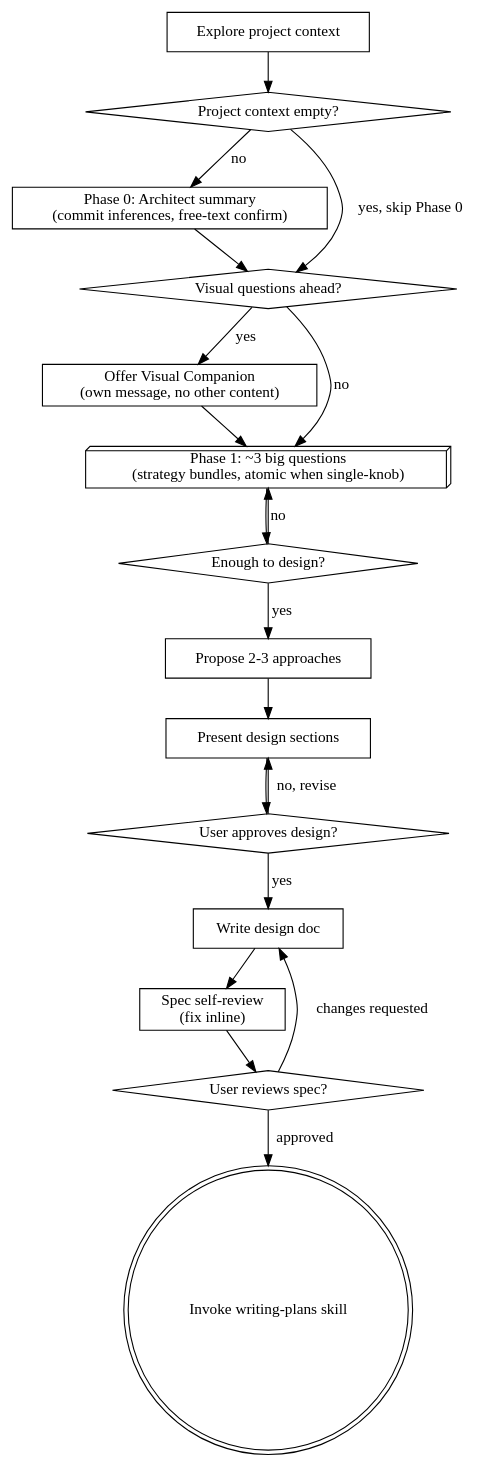
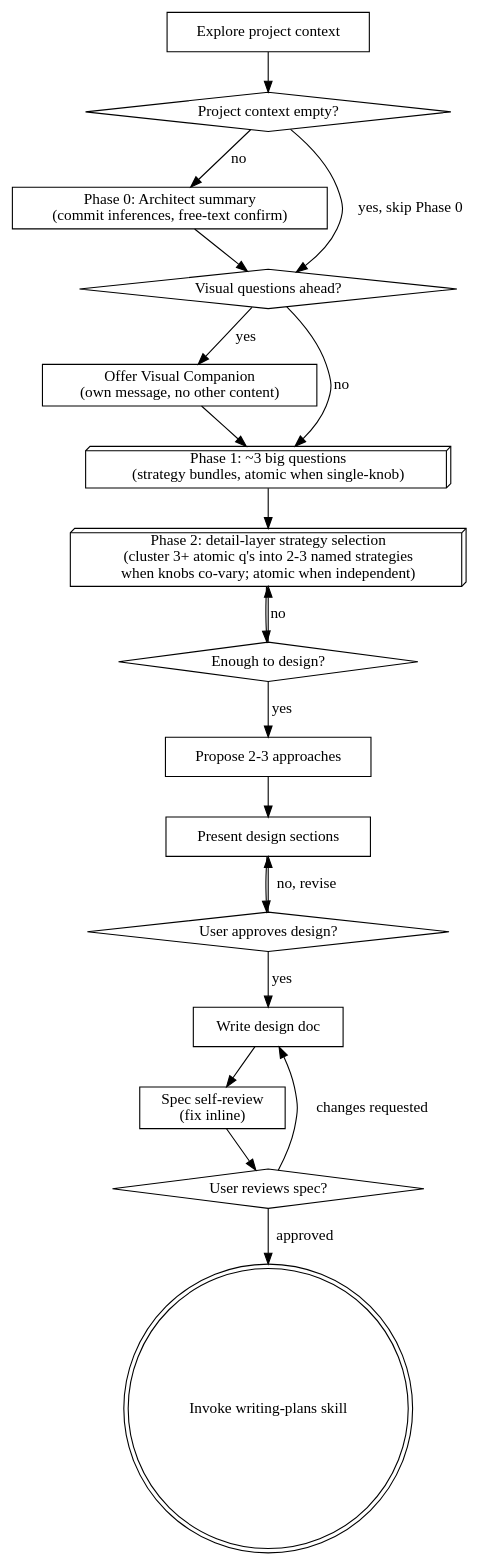
One commit to standardbeagle/standardbeagle-tools changed the diagram in plugins/brainstorming/skills/brainstorming/SKILL.md. Above: the diagram before and after it, drawn with Graphviz. The commit also changed other lines of this file, not shown here.

````diff
--- a/plugins/brainstorming/skills/brainstorming/SKILL.md
+++ b/plugins/brainstorming/skills/brainstorming/SKILL.md
@@ -50,37 +51,39 @@
 ```dot
 digraph brainstorming {
     "Explore project context" [shape=box];
     "Project context empty?" [shape=diamond];
     "Phase 0: Architect summary\n(commit inferences, free-text confirm)" [shape=box];
     "Visual questions ahead?" [shape=diamond];
     "Offer Visual Companion\n(own message, no other content)" [shape=box];
     "Phase 1: ~3 big questions\n(strategy bundles, atomic when single-knob)" [shape=box3d];
+    "Phase 2: detail-layer strategy selection\n(cluster 3+ atomic q's into 2-3 named strategies\nwhen knobs co-vary; atomic when independent)" [shape=box3d];
     "Enough to design?" [shape=diamond];
     "Propose 2-3 approaches" [shape=box];
     "Present design sections" [shape=box];
     "User approves design?" [shape=diamond];
     "Write design doc" [shape=box];
     "Spec self-review\n(fix inline)" [shape=box];
     "User reviews spec?" [shape=diamond];
     "Invoke writing-plans skill" [shape=doublecircle];
 
     "Explore project context" -> "Project context empty?";
     "Project context empty?" -> "Visual questions ahead?" [label="yes, skip Phase 0"];
     "Project context empty?" -> "Phase 0: Architect summary\n(commit inferences, free-text confirm)" [label="no"];
     "Phase 0: Architect summary\n(commit inferences, free-text confirm)" -> "Visual questions ahead?";
     "Visual questions ahead?" -> "Offer Visual Companion\n(own message, no other content)" [label="yes"];
     "Visual questions ahead?" -> "Phase 1: ~3 big questions\n(strategy bundles, atomic when single-knob)" [label="no"];
     "Offer Visual Companion\n(own message, no other content)" -> "Phase 1: ~3 big questions\n(strategy bundles, atomic when single-knob)";
-    "Phase 1: ~3 big questions\n(strategy bundles, atomic when single-knob)" -> "Enough to design?" ;
-    "Enough to design?" -> "Phase 1: ~3 big questions\n(strategy bundles, atomic when single-knob)" [label="no"];
+    "Phase 1: ~3 big questions\n(strategy bundles, atomic when single-knob)" -> "Phase 2: detail-layer strategy selection\n(cluster 3+ atomic q's into 2-3 named strategies\nwhen knobs co-vary; atomic when independent)";
+    "Phase 2: detail-layer strategy selection\n(cluster 3+ atomic q's into 2-3 named strategies\nwhen knobs co-vary; atomic when independent)" -> "Enough to design?";
+    "Enough to design?" -> "Phase 2: detail-layer strategy selection\n(cluster 3+ atomic q's into 2-3 named strategies\nwhen knobs co-vary; atomic when independent)" [label="no"];
     "Enough to design?" -> "Propose 2-3 approaches" [label="yes"];
     "Propose 2-3 approaches" -> "Present design sections";
     "Present design sections" -> "User approves design?";
     "User approves design?" -> "Present design sections" [label="no, revise"];
     "User approves design?" -> "Write design doc" [label="yes"];
     "Write design doc" -> "Spec self-review\n(fix inline)";
     "Spec self-review\n(fix inline)" -> "User reviews spec?";
     "User reviews spec?" -> "Write design doc" [label="changes requested"];
     "User reviews spec?" -> "Invoke writing-plans skill" [label="approved"];
 }
 ```
````
